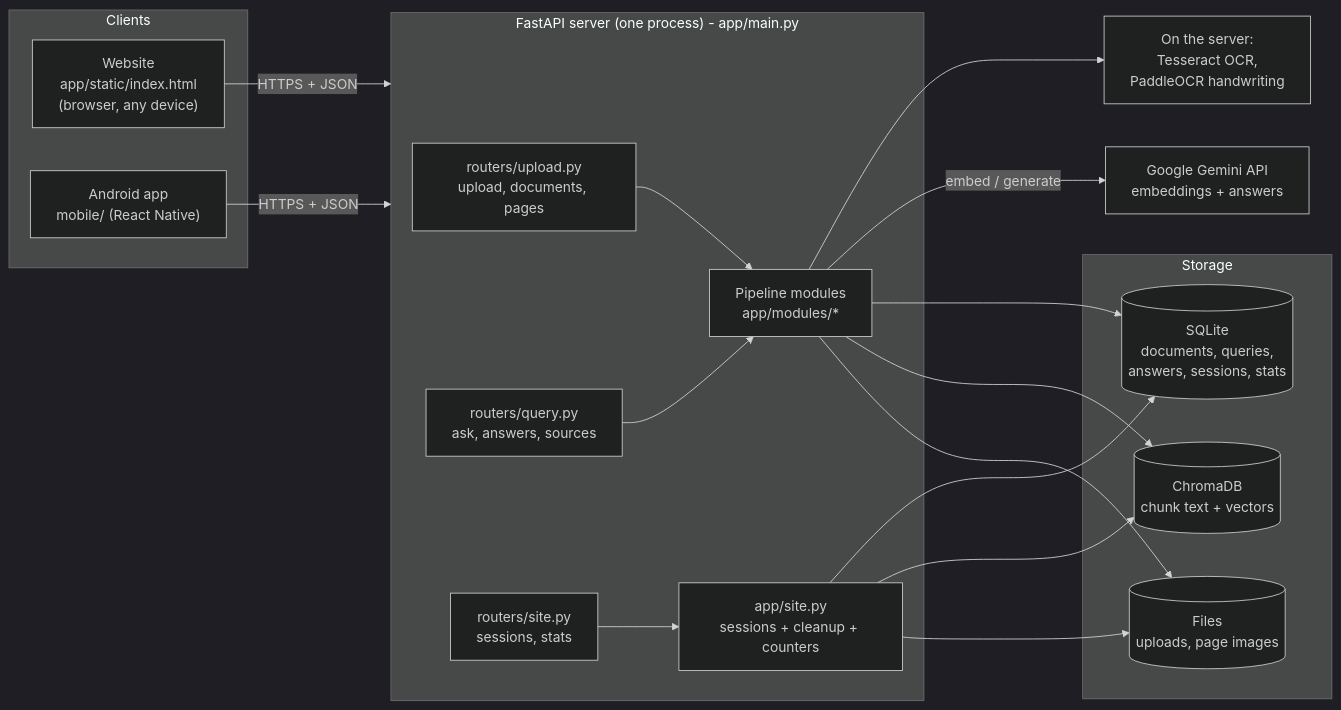
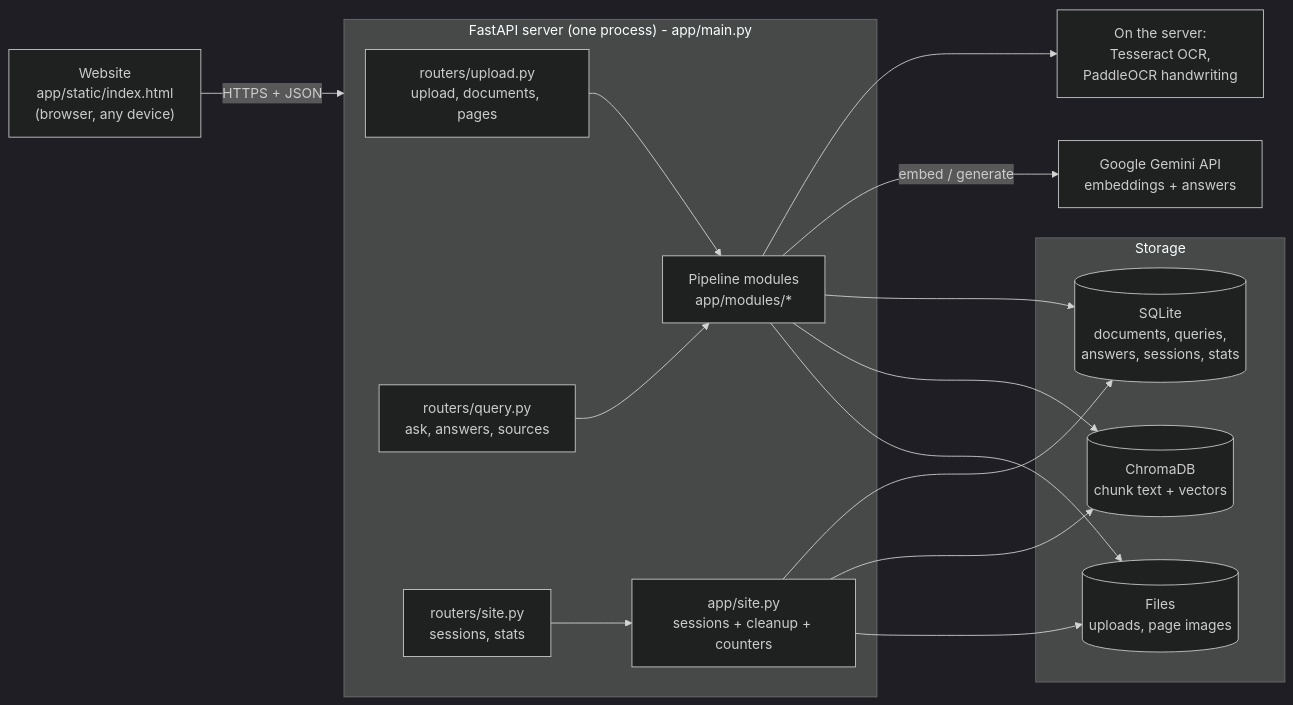
One commit to om-upadhye/DocBlendAI changed the first of 8 diagrams in README.md. Above: the diagram before and after it, drawn with Mermaid (dark theme). The commit also changed other lines of this file and 62 other files, not shown here.

First line of the commit message:
Browser-only project: remove the Android app (mobile/) and its documentation

````diff
--- a/README.md
+++ b/README.md
@@ -42,34 +42,30 @@
 ```mermaid
 flowchart LR
-    subgraph Clients
-        W["Website<br/>app/static/index.html<br/>(browser, any device)"]
-        A["Android app<br/>mobile/ (React Native)"]
-    end
+    W["Website<br/>app/static/index.html<br/>(browser, any device)"]
 
     subgraph Server["FastAPI server (one process) - app/main.py"]
         R1["routers/upload.py<br/>upload, documents, pages"]
         R2["routers/query.py<br/>ask, answers, sources"]
         R3["routers/site.py<br/>sessions, stats"]
         P["Pipeline modules<br/>app/modules/*"]
         S["app/site.py<br/>sessions + cleanup + counters"]
     end
 
     subgraph Storage
         DB[("SQLite<br/>documents, queries,<br/>answers, sessions, stats")]
         V[("ChromaDB<br/>chunk text + vectors")]
         F[("Files<br/>uploads, page images")]
     end
 
     G["Google Gemini API<br/>embeddings + answers"]
     T["On the server:<br/>Tesseract OCR,<br/>PaddleOCR handwriting"]
 
     W -- "HTTPS + JSON" --> Server
-    A -- "HTTPS + JSON" --> Server
     R1 --> P
     R2 --> P
     R3 --> S
     P --> T
     P -- "embed / generate" --> G
     P --> DB & V & F
     S --> DB & V & F
 ```
````
